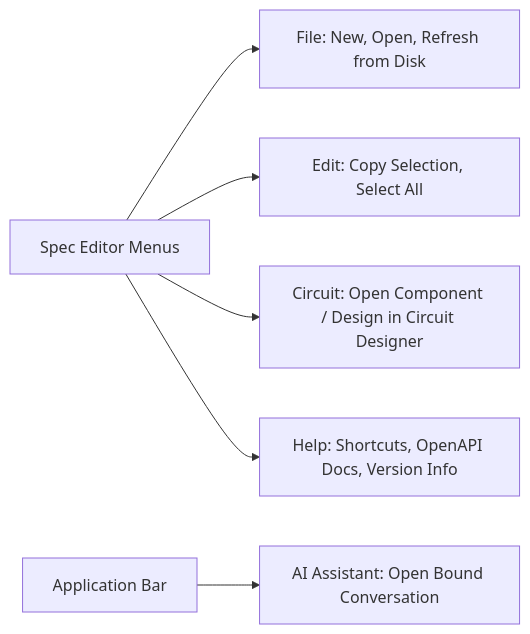
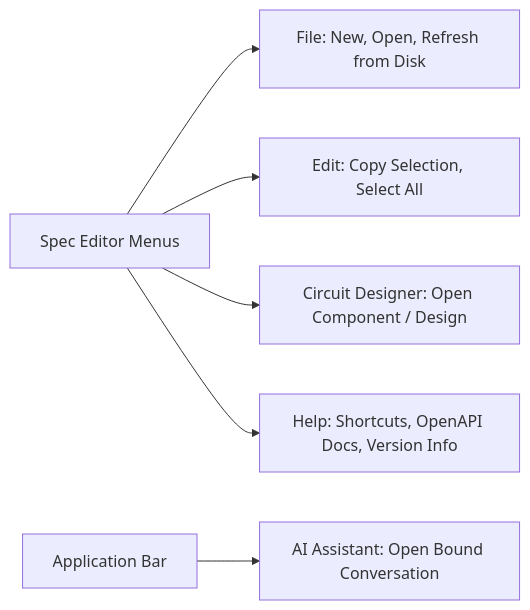
The first of 2 diagrams in docs/spec-editor.md (ankdesh/spec2gds), drawn with Mermaid before and after one commit. The commit also changed other lines of this file and 9 other files, not shown here.

````diff
--- a/docs/spec-editor.md
+++ b/docs/spec-editor.md
@@ -92,8 +92,8 @@
 ```mermaid
 flowchart LR
     Menu["Spec Editor Menus"] --> File["File: New, Open, Refresh from Disk"]
     Menu --> Edit["Edit: Copy Selection, Select All"]
-    Menu --> Circuit["Circuit: Open Component / Design in Circuit Designer"]
+    Menu --> Circuit["Circuit Designer: Open Component / Design"]
     Menu --> Help["Help: Shortcuts, OpenAPI Docs, Version Info"]
     Bar["Application Bar"] --> AssistantBtn["AI Assistant: Open Bound Conversation"]
 ```
````
